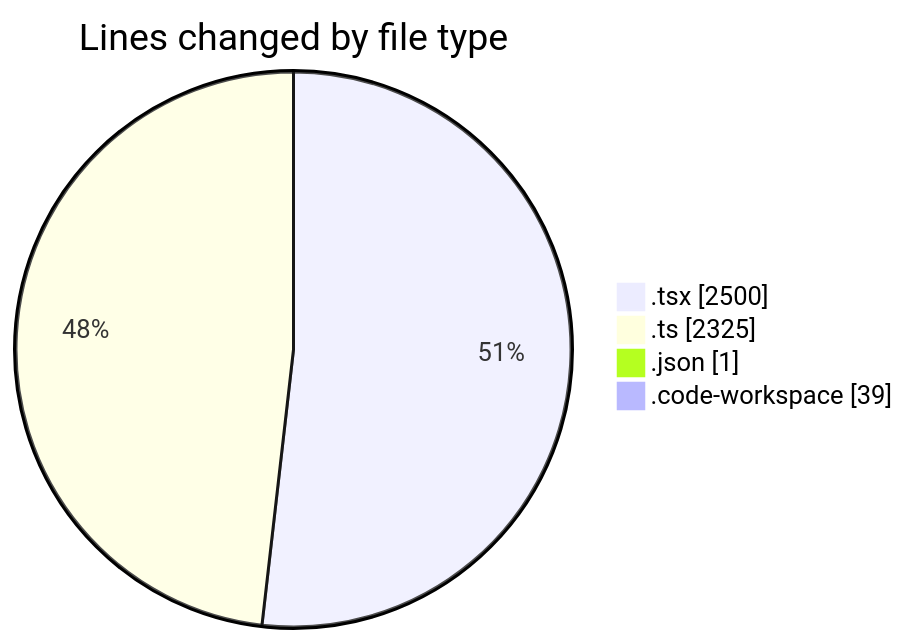
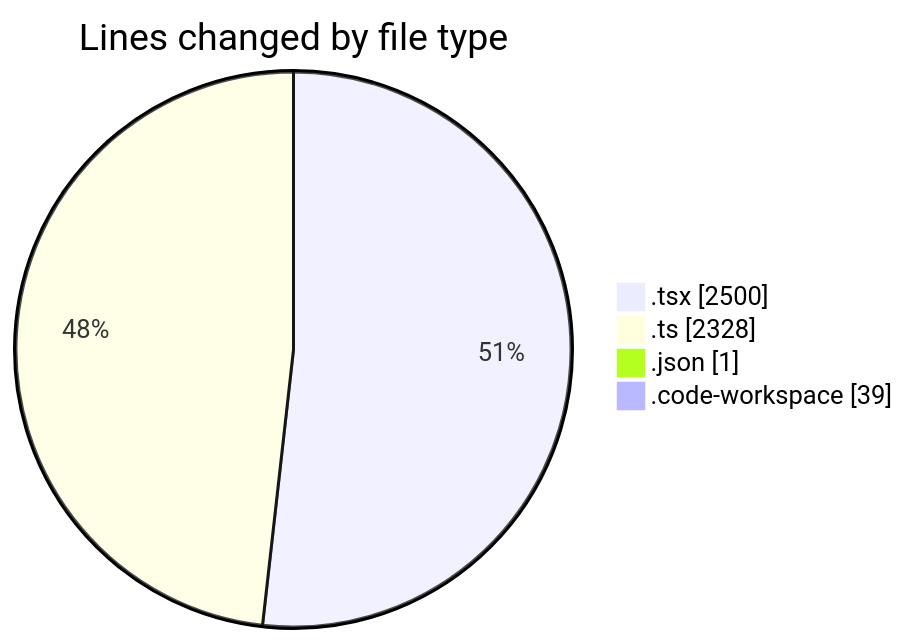
Before and after one commit to julien-gomy/code-tracking: the first of 2 diagrams in 2025-10-08/eventscop-frontend-guide__workspace_/README.md, drawn with Mermaid. The commit also changed other lines of this file and 1 other file, not shown here.

````diff
--- a/2025-10-08/eventscop-frontend-guide__workspace_/README.md
+++ b/2025-10-08/eventscop-frontend-guide__workspace_/README.md
@@ -38,8 +38,8 @@
 ```mermaid
 pie showData
 title Lines changed by file type
 ".tsx" : 2500
-".ts" : 2325
+".ts" : 2328
 ".json" : 1
 ".code-workspace" : 39
 ```
````
